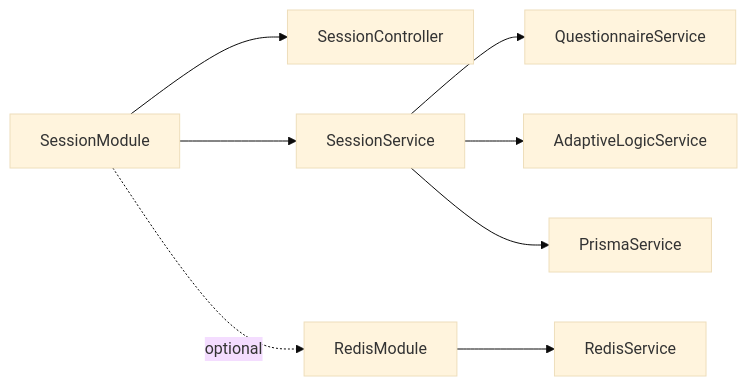
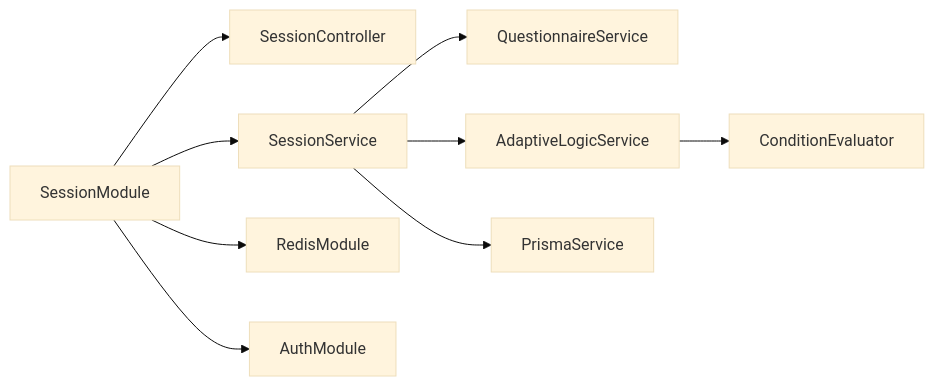
Before and after one commit to Avi-Bendetsky/Quiz-to-build: the third of 3 diagrams in .qoder/repowiki/en/content/Core Modules/Session Module.md, drawn with Mermaid (base theme). The commit also changed other lines of this file and 41 other files, not shown here.

````diff
--- a/.qoder/repowiki/en/content/Core Modules/Session Module.md
+++ b/.qoder/repowiki/en/content/Core Modules/Session Module.md
@@ -413,10 +374,20 @@
 ```mermaid
 graph LR
-SM["SessionModule"] --> SC["SessionController"]
-SM --> SS["SessionService"]
-SS --> QS["QuestionnaireService"]
-SS --> ALS["AdaptiveLogicService"]
-SS --> PRISMA["PrismaService"]
-SM -. optional .-> RM["RedisModule"]
-RM --> RS["RedisService"]
+SM["SessionModule"]
+SC["SessionController"]
+SS["SessionService"]
+QS["QuestionnaireService"]
+ALS["AdaptiveLogicService"]
+CE["ConditionEvaluator"]
+PRISMA["PrismaService"]
+REDIS["RedisModule"]
+AUTH["AuthModule"]
+SM --> SC
+SM --> SS
+SS --> QS
+SS --> ALS
+ALS --> CE
+SS --> PRISMA
+SM --> REDIS
+SM --> AUTH
 ```
````
